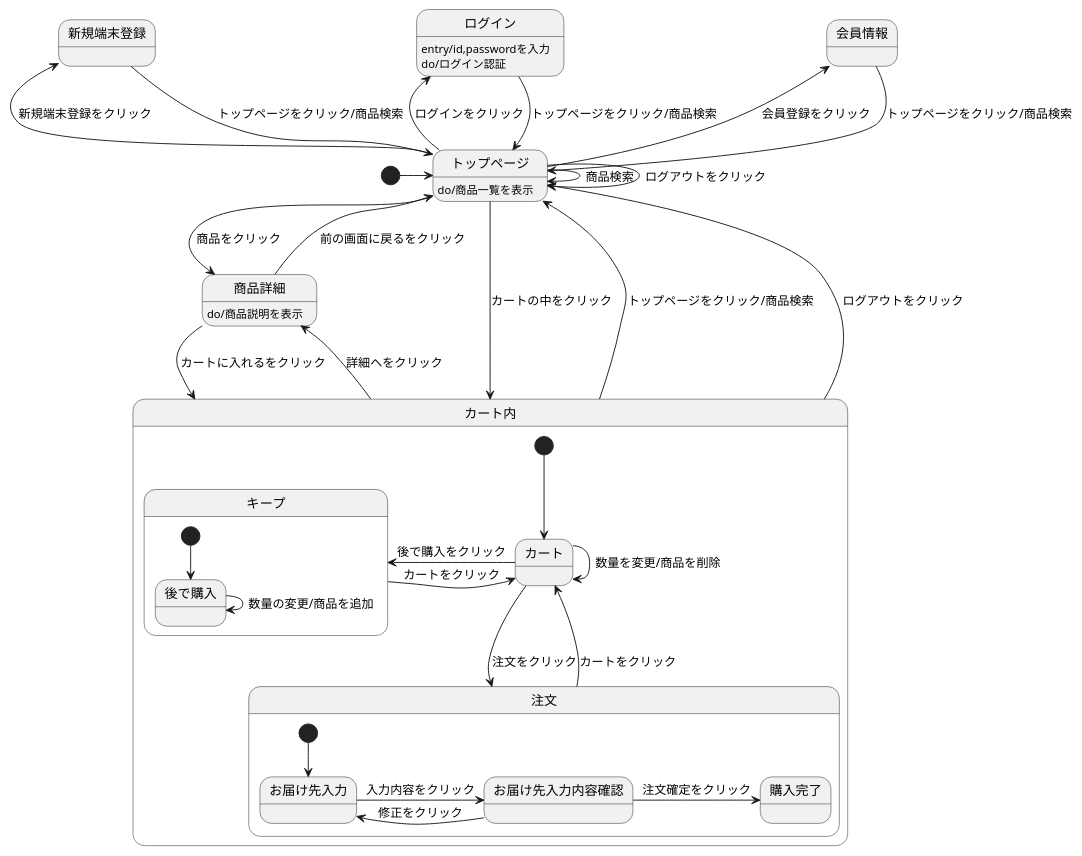
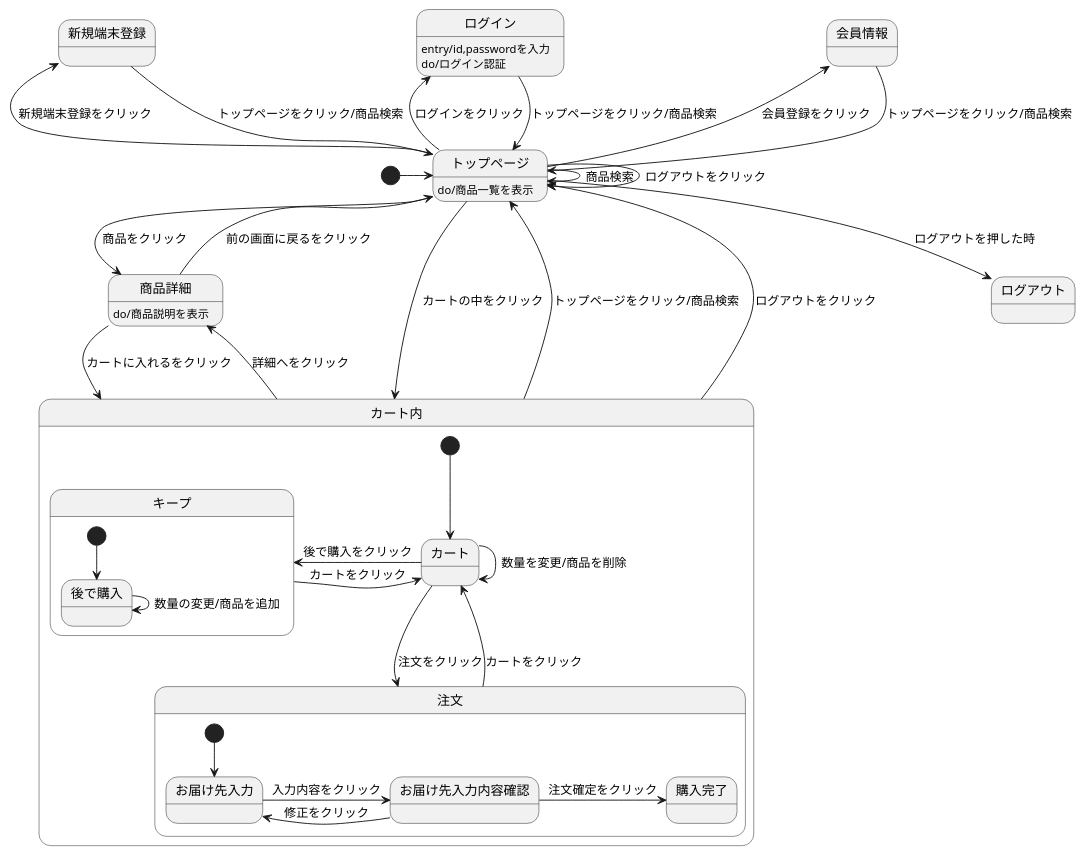
Before and after one commit to Aso2101121/2021sys-design: the diagram in origamen.md, drawn with PlantUML.

````diff
--- a/origamen.md
+++ b/origamen.md
@@ -1,42 +1,43 @@
 ```uml
 @startuml
 [*] -> トップページ
 会員情報 --> トップページ : トップページをクリック/商品検索
 ログイン --> トップページ : トップページをクリック/商品検索
 ログイン:entry/id,passwordを入力
 ログイン:do/ログイン認証
 トップページ --> トップページ : ログアウトをクリック
 トップページ -> トップページ : 商品検索
 トップページ -> 商品詳細 : 商品をクリック
 トップページ -left->会員情報 : 会員登録をクリック
 トップページ -left-> ログイン : ログインをクリック
 トップページ --> カート内 : カートの中をクリック
 トップページ:do/商品一覧を表示
 トップページ -up-> 新規端末登録 : 新規端末登録をクリック
 新規端末登録 --> トップページ : トップページをクリック/商品検索
+トップページ --> ログアウト : ログアウトを押した時
 商品詳細 --> カート内 : カートに入れるをクリック
 商品詳細 --> トップページ : 前の画面に戻るをクリック
 商品詳細:do/商品説明を表示
 カート内 -up-> トップページ : トップページをクリック/商品検索
 カート内 -up-> トップページ : ログアウトをクリック
 カート内 -> 商品詳細 : 詳細へをクリック
 
 state カート内 {
 [*] --> カート
 カート -> 注文 : 注文をクリック
 カート -left-> キープ : 後で購入をクリック
 キープ -> カート : カートをクリック
 カート -> カート : 数量を変更/商品を削除
 注文 --> カート : カートをクリック
 state 注文 {
 [*] --> お届け先入力
 お届け先入力 -> お届け先入力内容確認 : 入力内容をクリック
 お届け先入力内容確認 -> お届け先入力 : 修正をクリック
 お届け先入力内容確認 -> 購入完了 : 注文確定をクリック
 }
 state キープ {
 [*] --> 後で購入
 後で購入 -> 後で購入 : 数量の変更/商品を追加
 }
 @enduml
 ```
````
